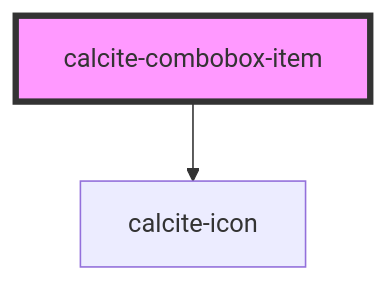
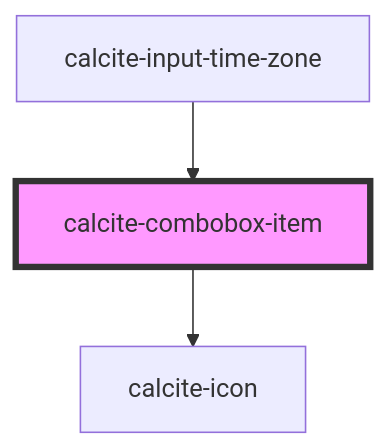
Before and after one commit to vikivakarvc/calcite-design-system: the diagram in packages/calcite-components/src/components/combobox-item/readme.md, drawn with Mermaid. The commit also changed other lines of this file and 91 other files, not shown here.

````diff
--- a/packages/calcite-components/src/components/combobox-item/readme.md
+++ b/packages/calcite-components/src/components/combobox-item/readme.md
@@ -40,5 +44,6 @@
 ```mermaid
 graph TD;
   calcite-combobox-item --> calcite-icon
+  calcite-input-time-zone --> calcite-combobox-item
   style calcite-combobox-item fill:#f9f,stroke:#333,stroke-width:4px
 ```
````
